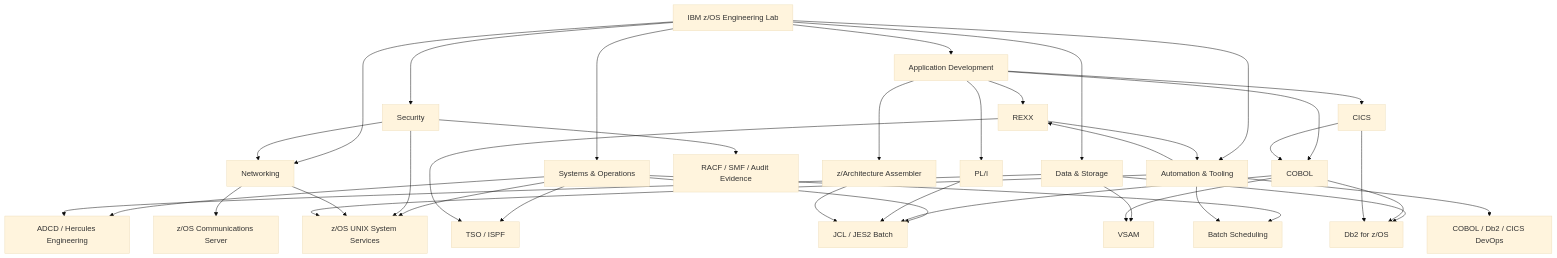
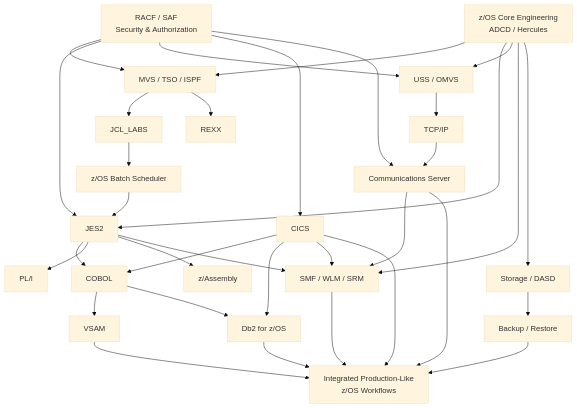
Before and after one commit to P-dot/P-dot: the diagram in README.md, drawn with Mermaid (base theme). The commit also changed other lines of this file, not shown here.

Commit message:
Improve connected z/OS engineering profile map

```diff
--- a/README.md
+++ b/README.md
@@ -9,74 +7,84 @@
 ~~~mermaid
 flowchart TB
+    CORE["z/OS Core Engineering<br/>ADCD / Hercules"]
 
-    ZOS["IBM z/OS Engineering Lab"]
+    TSO["MVS / TSO / ISPF"]
+    JCL["JCL_LABS"]
+    SCHED["z/OS Batch Scheduler"]
+    JES2["JES2"]
 
-    ZOS --> SYS["Systems & Operations"]
-    ZOS --> SEC["Security"]
-    ZOS --> NET["Networking"]
-    ZOS --> DATA["Data & Storage"]
-    ZOS --> DEV["Application Development"]
-    ZOS --> AUTO["Automation & Tooling"]
+    COBOL["COBOL"]
+    PLI["PL/I"]
+    REXX["REXX"]
+    ASM["z/Assembly"]
+    VSAM["VSAM"]
+    DB2["Db2 for z/OS"]
+    CICS["CICS"]
 
-    SYS --> CORE["ADCD / Hercules Engineering"]
-    SYS --> JCL["JCL / JES2 Batch"]
-    SYS --> TSO["TSO / ISPF"]
-    SYS --> SCHED["Batch Scheduling"]
-    SYS --> USS["z/OS UNIX System Services"]
+    RACF["RACF / SAF<br/>Security & Authorization"]
+    USS["USS / OMVS"]
+    TCPIP["TCP/IP"]
+    COMMS["Communications Server"]
 
-    SEC --> RACF["RACF / SMF / Audit Evidence"]
-    SEC --> USS
-    SEC --> NET
+    SMF["SMF / WLM / SRM"]
+    STORAGE["Storage / DASD"]
+    RECOVERY["Backup / Restore"]
+    END["Integrated Production-Like<br/>z/OS Workflows"]
 
-    NET --> COMMS["z/OS Communications Server"]
-    NET --> USS
+    CORE --> TSO
+    CORE --> JES2
+    CORE --> USS
+    CORE --> SMF
+    CORE --> STORAGE
 
-    DATA --> VSAM["VSAM"]
-    DATA --> DB2["Db2 for z/OS"]
-    DATA --> CORE
+    TSO --> JCL
+    TSO --> REXX
+    JCL --> SCHED
+    SCHED --> JES2
 
-    DEV --> COBOL["COBOL"]
-    DEV --> PLI["PL/I"]
-    DEV --> ASM["z/Architecture Assembler"]
-    DEV --> CICS["CICS"]
-    DEV --> REXX["REXX"]
+    JES2 --> COBOL
+    JES2 --> PLI
+    JES2 --> ASM
 
-    COBOL --> JCL
     COBOL --> VSAM
     COBOL --> DB2
-
-    PLI --> JCL
-    ASM --> JCL
-
     CICS --> COBOL
     CICS --> DB2
 
-    REXX --> TSO
-    REXX --> AUTO
+    RACF --> TSO
+    RACF --> JES2
+    RACF --> USS
+    RACF --> CICS
+    RACF --> COMMS
 
-    AUTO --> USS
-    AUTO --> REXX
-    AUTO --> SCHED
-    AUTO --> DEVOPS["COBOL / Db2 / CICS DevOps"]
+    USS --> TCPIP
+    TCPIP --> COMMS
+    STORAGE --> RECOVERY
+
+    JES2 --> SMF
+    CICS --> SMF
+    COMMS --> SMF
+
+    VSAM --> END
+    DB2 --> END
+    CICS --> END
+    COMMS --> END
+    SMF --> END
+    RECOVERY --> END
 
     click CORE "https://github.com/P-dot/zos-adcd-hercules-engineering-lab"
+    click TSO "https://github.com/P-dot/MVS_TSO_ISPF"
     click JCL "https://github.com/P-dot/JCL_LABS"
-    click TSO "https://github.com/P-dot/MVS_TSO_ISPF"
     click SCHED "https://github.com/P-dot/zos-batch-scheduler"
-    click USS "https://github.com/P-dot/UNIX_System_Services-"
-
-    click RACF "https://github.com/P-dot/mainframe-racf-security-evidence"
-
-    click COMMS "https://github.com/P-dot/zos-communications-server-network-lab"
-
+    click COBOL "https://github.com/P-dot/COBOL"
+    click PLI "https://github.com/P-dot/PL-I"
+    click REXX "https://github.com/P-dot/Rexx"
+    click ASM "https://github.com/P-dot/z_Assembly"
     click VSAM "https://github.com/P-dot/vsam01"
     click DB2 "https://github.com/P-dot/DB2-"
-
-    click COBOL "https://github.com/P-dot/COBOL"
-    click PLI "https://github.com/P-dot/PL-I"
-    click ASM "https://github.com/P-dot/z_Assembly"
     click CICS "https://github.com/P-dot/CICS"
-    click REXX "https://github.com/P-dot/Rexx"
-
-    click DEVOPS "https://github.com/P-dot/mainframe-cobol-db2-cics-devops-lab"
+    click RACF "https://github.com/P-dot/mainframe-racf-security-evidence"
+    click USS "https://github.com/P-dot/UNIX_System_Services-"
+    click COMMS "https://github.com/P-dot/zos-communications-server-network-lab"
+    click END "https://github.com/P-dot/mainframe-cobol-db2-cics-devops-lab"
 ~~~
```
